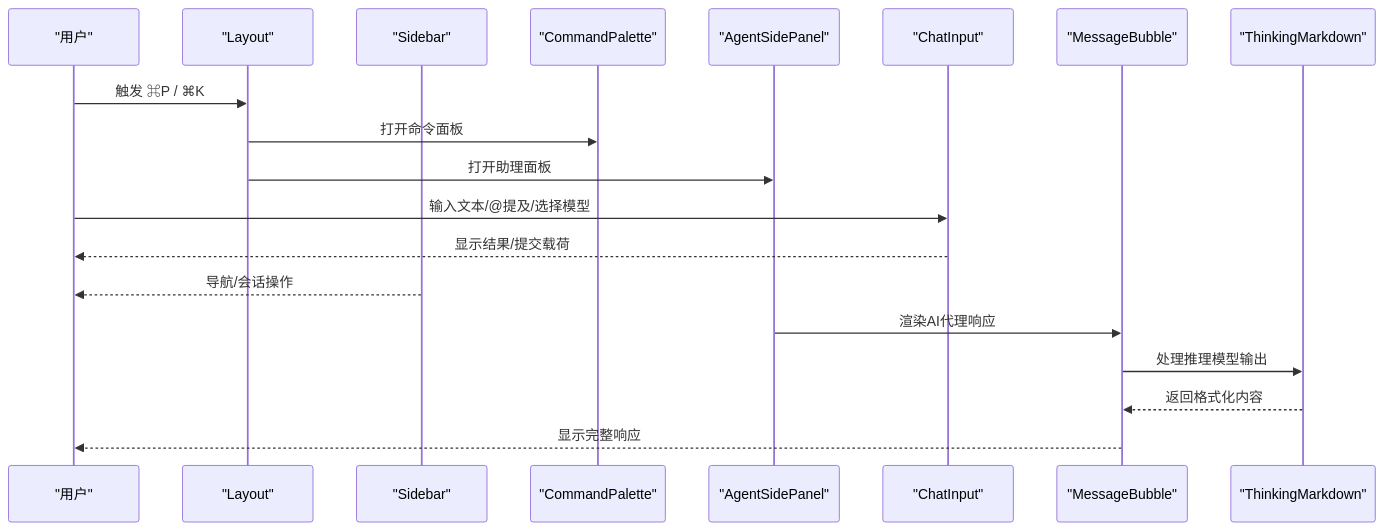
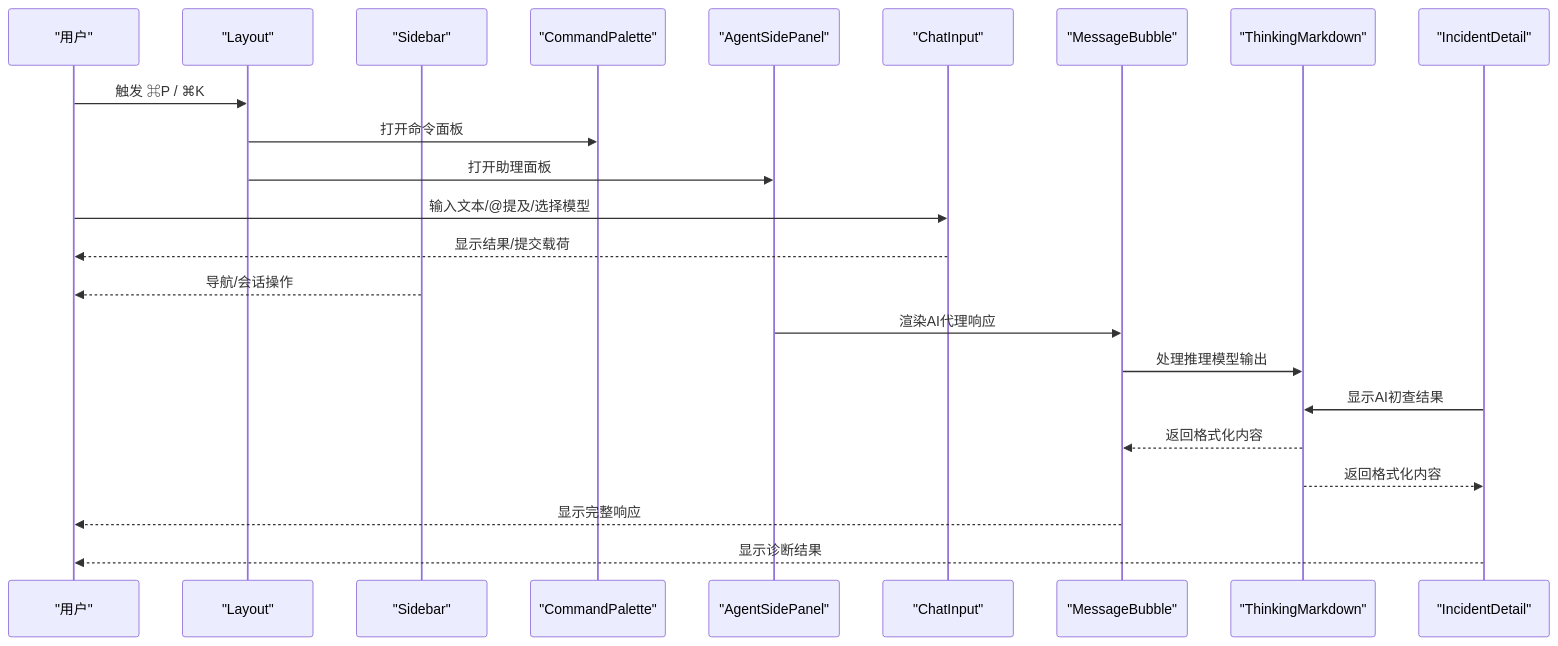
Before and after one commit to xied1133-oss/ongrid: the second of 9 diagrams in .qoder/repowiki/zh/content/前端应用/UI 组件库/高级组件.md, drawn with Mermaid. The commit also changed other lines of this file and 554 other files, not shown here.

````diff
--- a/.qoder/repowiki/zh/content/前端应用/UI 组件库/高级组件.md
+++ b/.qoder/repowiki/zh/content/前端应用/UI 组件库/高级组件.md
@@ -117,21 +123,25 @@
 ```mermaid
 sequenceDiagram
 participant U as "用户"
 participant L as "Layout"
 participant S as "Sidebar"
 participant P as "CommandPalette"
 participant A as "AgentSidePanel"
 participant C as "ChatInput"
 participant M as "MessageBubble"
 participant T as "ThinkingMarkdown"
+participant I as "IncidentDetail"
 U->>L : 触发 ⌘P / ⌘K
 L->>P : 打开命令面板
 L->>A : 打开助理面板
 U->>C : 输入文本/@提及/选择模型
 C-->>U : 显示结果/提交载荷
 S-->>U : 导航/会话操作
 A->>M : 渲染AI代理响应
 M->>T : 处理推理模型输出
+I->>T : 显示AI初查结果
 T-->>M : 返回格式化内容
+T-->>I : 返回格式化内容
 M-->>U : 显示完整响应
+I-->>U : 显示诊断结果
 ```
````
